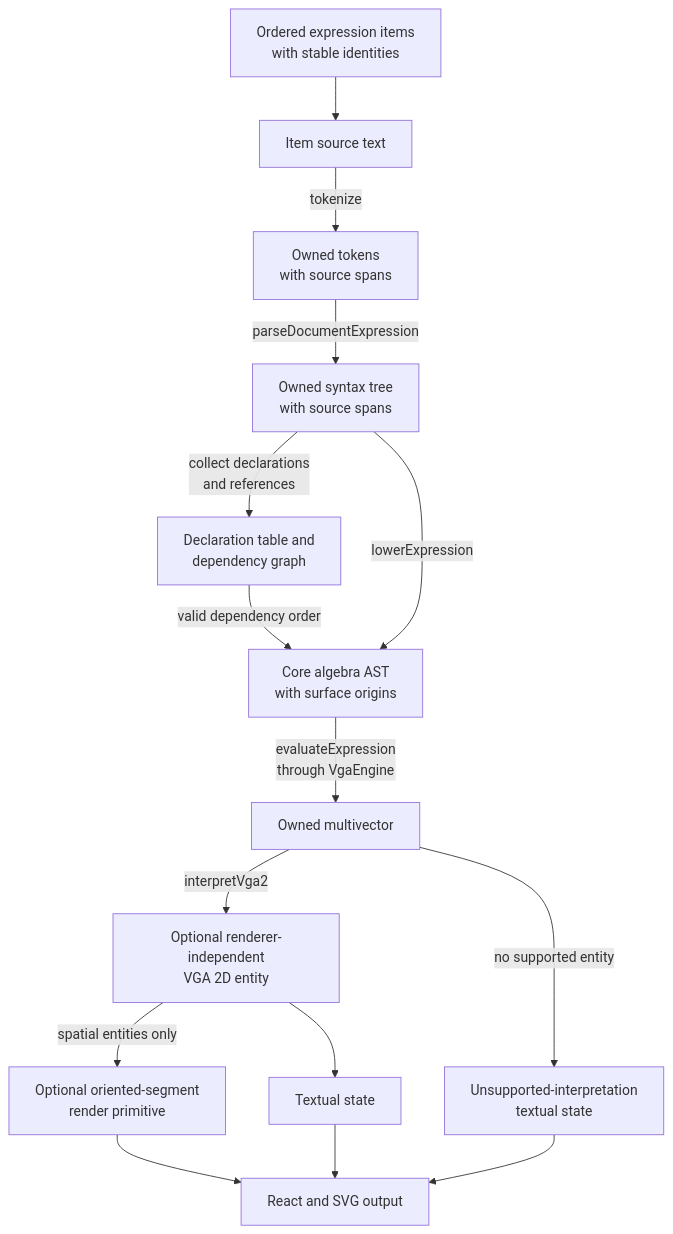
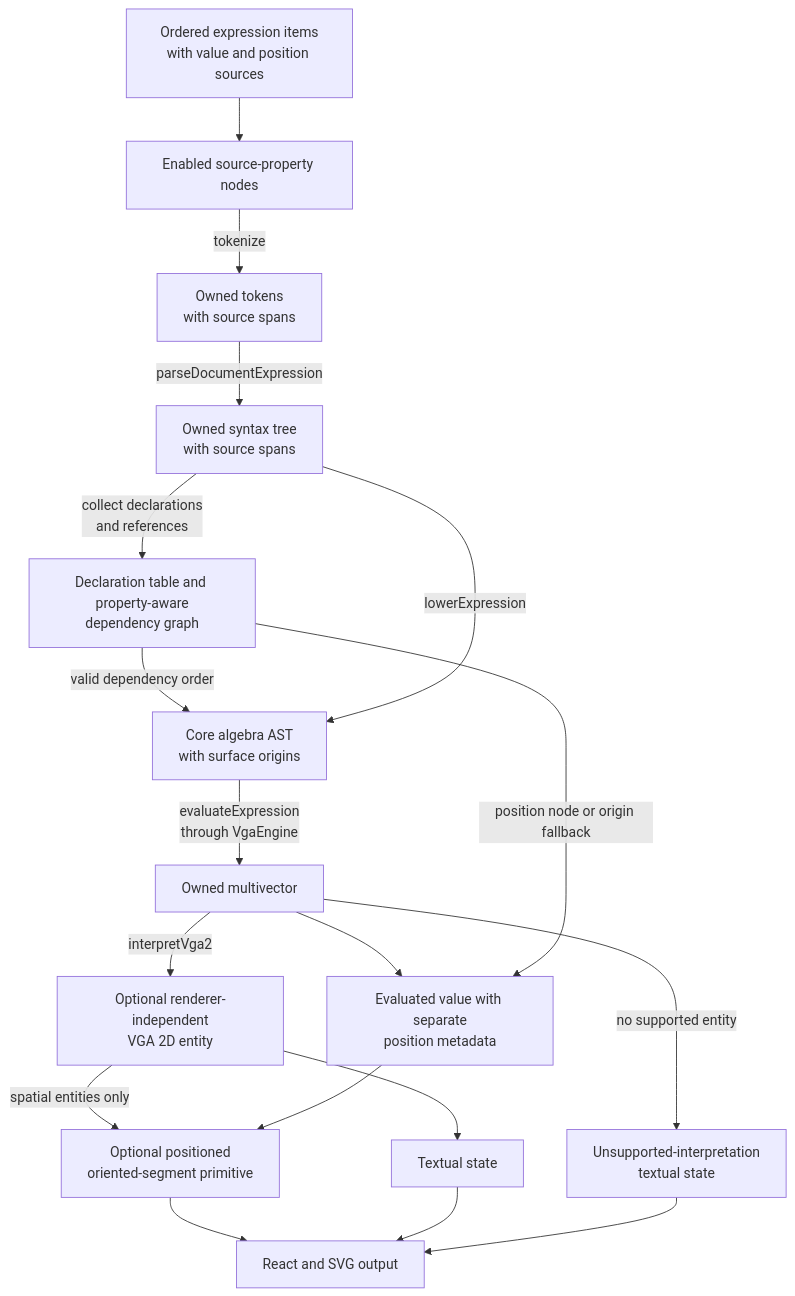
Before and after one commit to eharquin/multivector: the second of 2 diagrams in docs/architecture/application-architecture.md, drawn with Mermaid. The commit also changed other lines of this file and 19 other files, not shown here.

````diff
--- a/docs/architecture/application-architecture.md
+++ b/docs/architecture/application-architecture.md
@@ -70,30 +70,34 @@
 ```mermaid
 flowchart TD
-    DOCUMENT["Ordered expression items<br/>with stable identities"]
-    SOURCE["Item source text"]
+    DOCUMENT["Ordered expression items<br/>with value and position sources"]
+    SOURCE["Enabled source-property nodes"]
     TOKENS["Owned tokens<br/>with source spans"]
     AST["Owned syntax tree<br/>with source spans"]
-    GRAPH["Declaration table and<br/>dependency graph"]
+    GRAPH["Declaration table and property-aware<br/>dependency graph"]
     CORE["Core algebra AST<br/>with surface origins"]
     VALUE["Owned multivector"]
     ENTITY["Optional renderer-independent<br/>VGA 2D entity"]
     UNSUPPORTED["Unsupported-interpretation<br/>textual state"]
-    PRIMITIVE["Optional oriented-segment<br/>render primitive"]
+    RECORD["Evaluated value with separate<br/>position metadata"]
+    PRIMITIVE["Optional positioned<br/>oriented-segment primitive"]
     TEXT["Textual state"]
     OUTPUT["React and SVG output"]
 
     DOCUMENT --> SOURCE
     SOURCE -->|"tokenize"| TOKENS
     TOKENS -->|"parseDocumentExpression"| AST
     AST -->|"collect declarations<br/>and references"| GRAPH
     GRAPH -->|"valid dependency order"| CORE
     AST -->|"lowerExpression"| CORE
     CORE -->|"evaluateExpression<br/>through VgaEngine"| VALUE
+    VALUE --> RECORD
+    GRAPH -->|"position node or origin fallback"| RECORD
     VALUE -->|"interpretVga2"| ENTITY
     VALUE -->|"no supported entity"| UNSUPPORTED
     ENTITY --> TEXT
     ENTITY -->|"spatial entities only"| PRIMITIVE
+    RECORD --> PRIMITIVE
     PRIMITIVE --> OUTPUT
     TEXT --> OUTPUT
     UNSUPPORTED --> OUTPUT
 ```
````
